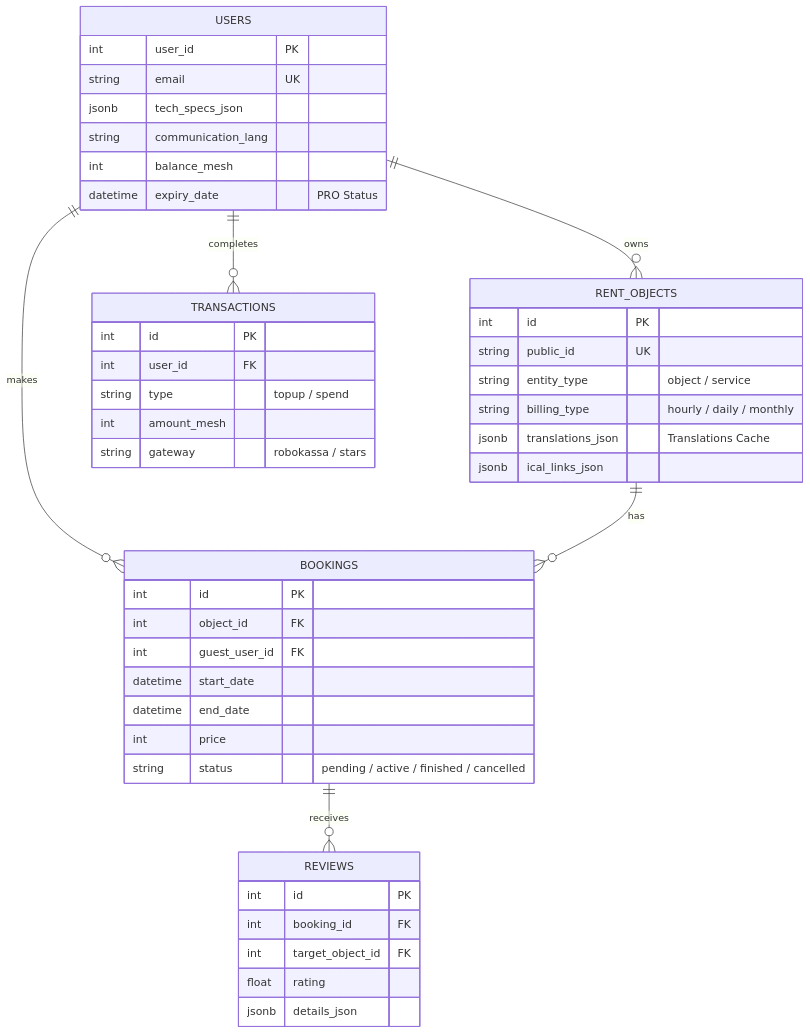
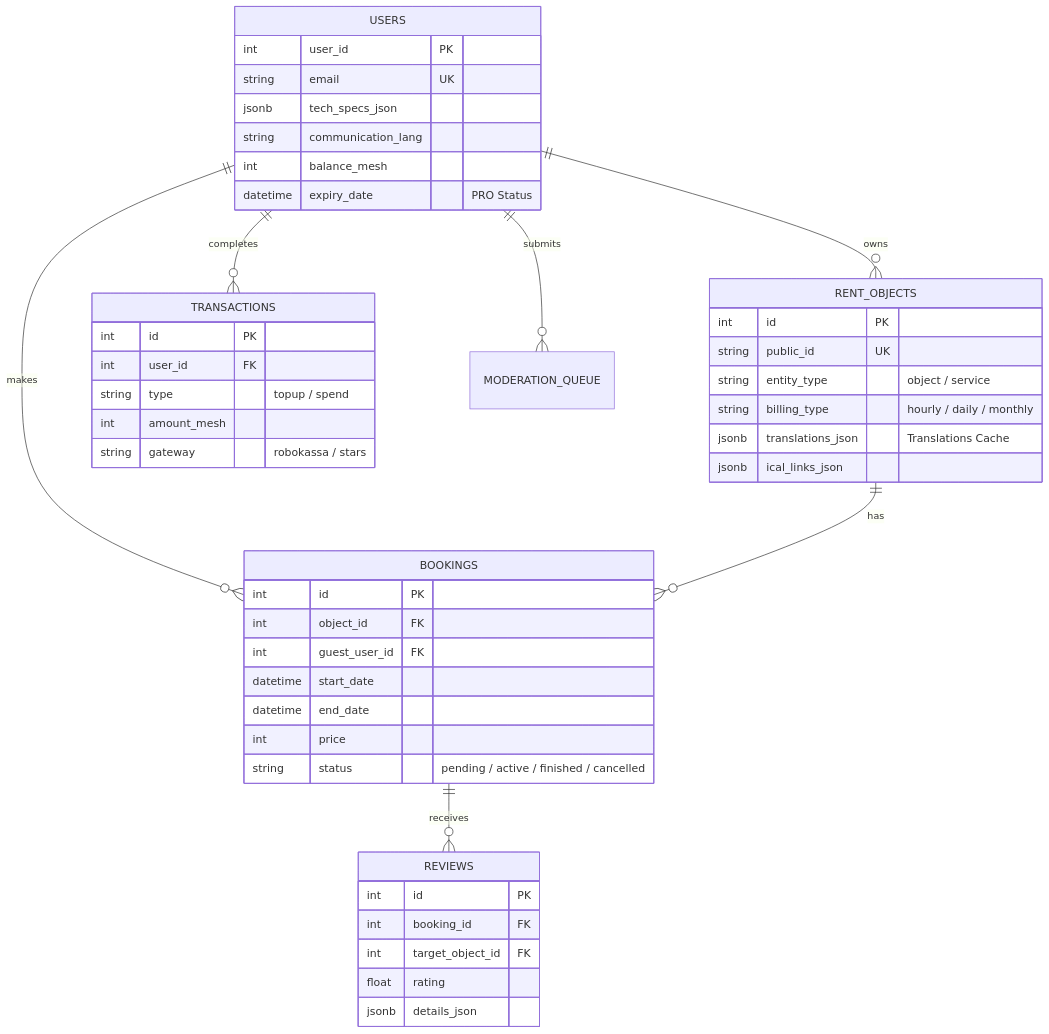
The second of 2 diagrams in README.md (unDucato/MeshRent-Architecture), drawn with Mermaid before and after one commit. The commit also changed other lines of this file, not shown here.

````diff
--- a/README.md
+++ b/README.md
@@ -71,52 +73,53 @@
 ```mermaid
 erDiagram
     USERS ||--o{ RENT_OBJECTS : owns
     USERS ||--o{ BOOKINGS : makes
     USERS ||--o{ TRANSACTIONS : completes
     RENT_OBJECTS ||--o{ BOOKINGS : has
     BOOKINGS ||--o{ REVIEWS : receives
+    USERS ||--o{ MODERATION_QUEUE : submits
     
     USERS {
         int user_id PK
         string email UK
         jsonb tech_specs_json
         string communication_lang
         int balance_mesh
         datetime expiry_date "PRO Status"
     }
     
     RENT_OBJECTS {
         int id PK
         string public_id UK
         string entity_type "object / service"
         string billing_type "hourly / daily / monthly"
         jsonb translations_json "Translations Cache"
         jsonb ical_links_json
     }
     
     BOOKINGS {
         int id PK
         int object_id FK
         int guest_user_id FK
         datetime start_date
         datetime end_date
         int price
         string status "pending / active / finished / cancelled"
     }
     
     REVIEWS {
         int id PK
         int booking_id FK
         int target_object_id FK
         float rating
         jsonb details_json
     }
     
     TRANSACTIONS {
         int id PK
         int user_id FK
         string type "topup / spend"
         int amount_mesh
         string gateway "robokassa / stars"
     }
 ```
````
